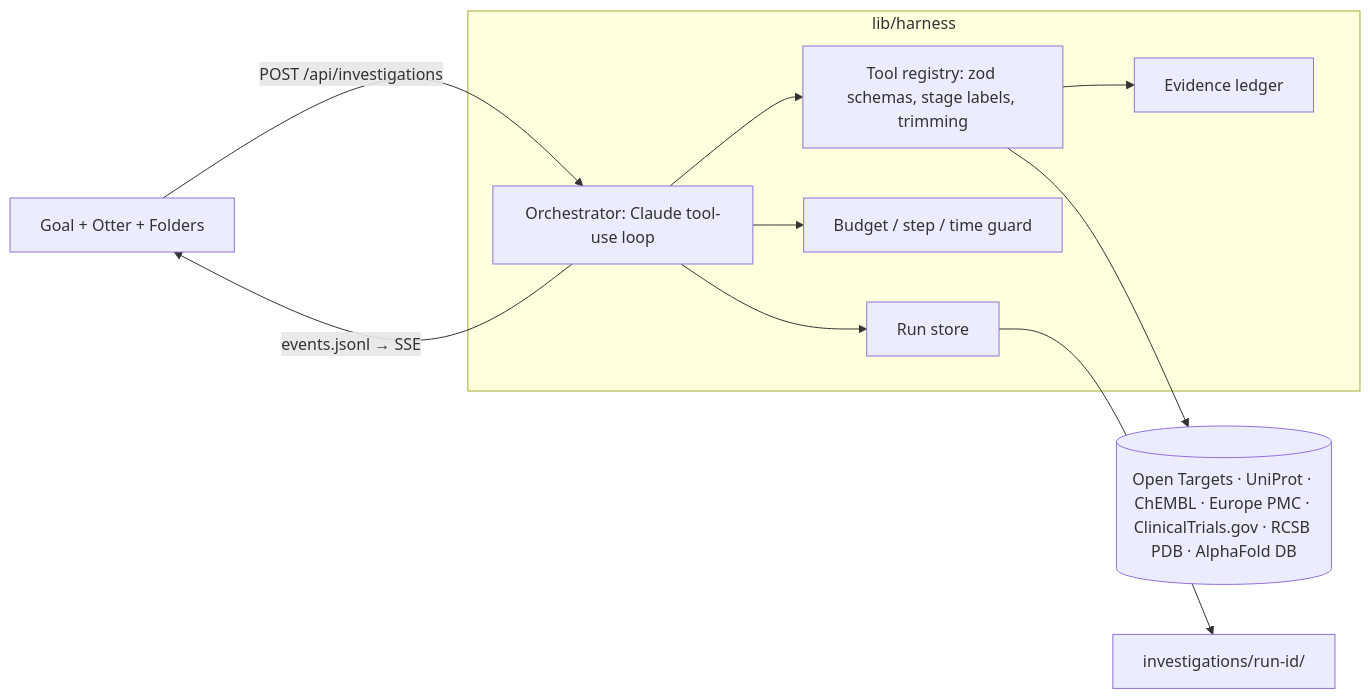
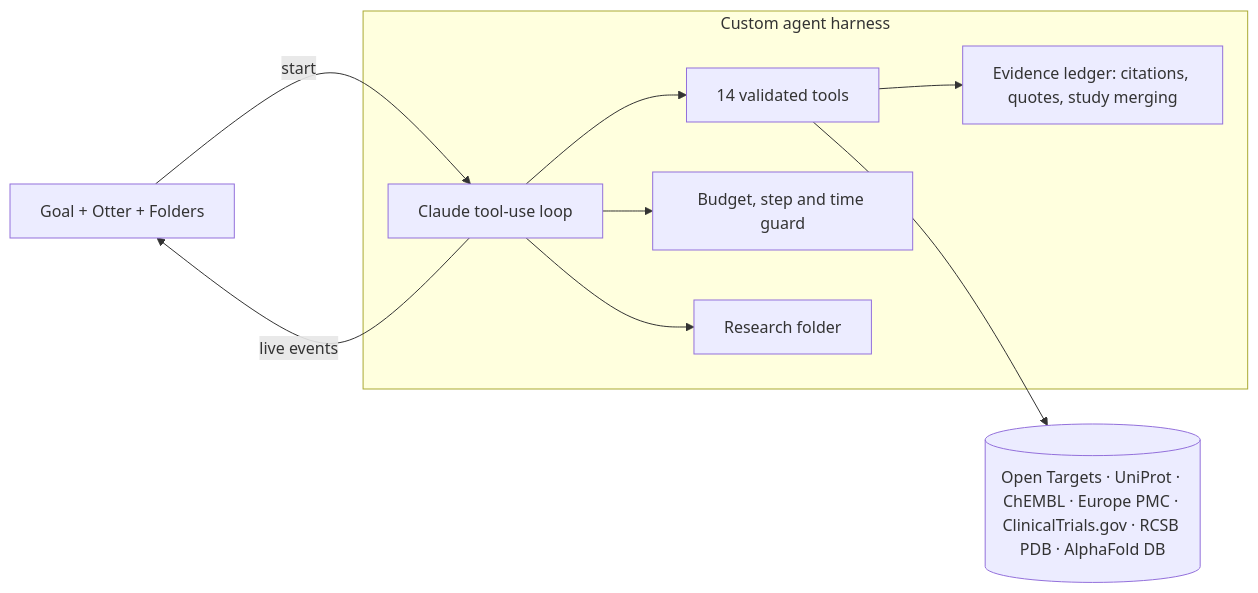
The diagram in README.md (PocketP1ck/EvidenceLens), drawn with Mermaid before and after one commit. The commit also changed other lines of this file and 5 other files, not shown here.

````diff
--- a/README.md
+++ b/README.md
@@ -23,13 +171,12 @@
 ```mermaid
 flowchart LR
-  UI[Goal + Otter + Folders] -->|POST /api/investigations| ORCH
-  ORCH -->|events.jsonl → SSE| UI
-  subgraph Harness["lib/harness"]
-    ORCH[Orchestrator: Claude tool-use loop] --> REG[Tool registry: zod schemas, stage labels, trimming]
-    ORCH --> GUARD[Budget / step / time guard]
-    REG --> LEDGER[Evidence ledger]
-    ORCH --> STORE[Run store]
+  UI[Goal + Otter + Folders] -->|start| ORCH
+  ORCH -->|live events| UI
+  subgraph Harness["Custom agent harness"]
+    ORCH[Claude tool-use loop] --> REG[14 validated tools]
+    ORCH --> GUARD[Budget, step and time guard]
+    REG --> LEDGER[Evidence ledger: citations, quotes, study merging]
+    ORCH --> STORE[Research folder]
   end
   REG --> APIs[(Open Targets · UniProt · ChEMBL · Europe PMC · ClinicalTrials.gov · RCSB PDB · AlphaFold DB)]
-  STORE --> FOLDER[investigations/run-id/]
 ```
````
